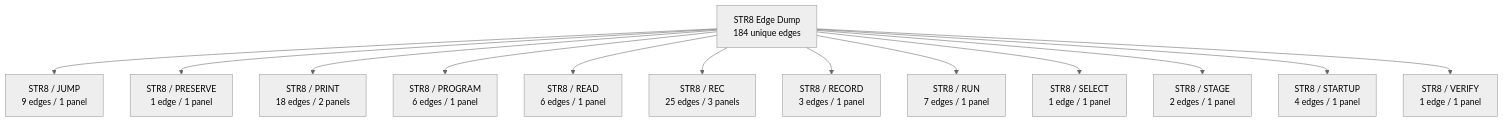
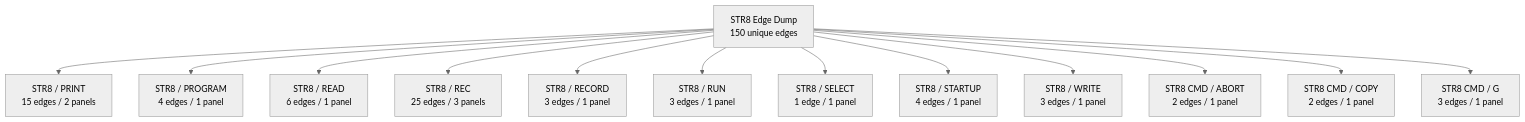
The second of 38 diagrams in DOC/GUIDES/STR8/STR8_EDGE_DUMP.md (95westus/R-YORS), drawn with Mermaid (neutral theme) before and after one commit. The commit also changed other lines of this file and 35 other files, not shown here.

````diff
--- a/DOC/GUIDES/STR8/STR8_EDGE_DUMP.md
+++ b/DOC/GUIDES/STR8/STR8_EDGE_DUMP.md
@@ -44,15 +44,15 @@
 ```mermaid
 flowchart TD
-    EDGE_ATLAS_ROOT_1["STR8 Edge Dump<br/>184 unique edges"] --> EDGE_FAMILY_1_0["STR8 / JUMP<br/>9 edges / 1 panel"]
-    EDGE_ATLAS_ROOT_1["STR8 Edge Dump<br/>184 unique edges"] --> EDGE_FAMILY_1_1["STR8 / PRESERVE<br/>1 edge / 1 panel"]
-    EDGE_ATLAS_ROOT_1["STR8 Edge Dump<br/>184 unique edges"] --> EDGE_FAMILY_1_2["STR8 / PRINT<br/>18 edges / 2 panels"]
-    EDGE_ATLAS_ROOT_1["STR8 Edge Dump<br/>184 unique edges"] --> EDGE_FAMILY_1_3["STR8 / PROGRAM<br/>6 edges / 1 panel"]
-    EDGE_ATLAS_ROOT_1["STR8 Edge Dump<br/>184 unique edges"] --> EDGE_FAMILY_1_4["STR8 / READ<br/>6 edges / 1 panel"]
-    EDGE_ATLAS_ROOT_1["STR8 Edge Dump<br/>184 unique edges"] --> EDGE_FAMILY_1_5["STR8 / REC<br/>25 edges / 3 panels"]
-    EDGE_ATLAS_ROOT_1["STR8 Edge Dump<br/>184 unique edges"] --> EDGE_FAMILY_1_6["STR8 / RECORD<br/>3 edges / 1 panel"]
-    EDGE_ATLAS_ROOT_1["STR8 Edge Dump<br/>184 unique edges"] --> EDGE_FAMILY_1_7["STR8 / RUN<br/>7 edges / 1 panel"]
-    EDGE_ATLAS_ROOT_1["STR8 Edge Dump<br/>184 unique edges"] --> EDGE_FAMILY_1_8["STR8 / SELECT<br/>1 edge / 1 panel"]
-    EDGE_ATLAS_ROOT_1["STR8 Edge Dump<br/>184 unique edges"] --> EDGE_FAMILY_1_9["STR8 / STAGE<br/>2 edges / 1 panel"]
-    EDGE_ATLAS_ROOT_1["STR8 Edge Dump<br/>184 unique edges"] --> EDGE_FAMILY_1_10["STR8 / STARTUP<br/>4 edges / 1 panel"]
-    EDGE_ATLAS_ROOT_1["STR8 Edge Dump<br/>184 unique edges"] --> EDGE_FAMILY_1_11["STR8 / VERIFY<br/>1 edge / 1 panel"]
+    EDGE_ATLAS_ROOT_1["STR8 Edge Dump<br/>150 unique edges"] --> EDGE_FAMILY_1_0["STR8 / PRINT<br/>15 edges / 2 panels"]
+    EDGE_ATLAS_ROOT_1["STR8 Edge Dump<br/>150 unique edges"] --> EDGE_FAMILY_1_1["STR8 / PROGRAM<br/>4 edges / 1 panel"]
+    EDGE_ATLAS_ROOT_1["STR8 Edge Dump<br/>150 unique edges"] --> EDGE_FAMILY_1_2["STR8 / READ<br/>6 edges / 1 panel"]
+    EDGE_ATLAS_ROOT_1["STR8 Edge Dump<br/>150 unique edges"] --> EDGE_FAMILY_1_3["STR8 / REC<br/>25 edges / 3 panels"]
+    EDGE_ATLAS_ROOT_1["STR8 Edge Dump<br/>150 unique edges"] --> EDGE_FAMILY_1_4["STR8 / RECORD<br/>3 edges / 1 panel"]
+    EDGE_ATLAS_ROOT_1["STR8 Edge Dump<br/>150 unique edges"] --> EDGE_FAMILY_1_5["STR8 / RUN<br/>3 edges / 1 panel"]
+    EDGE_ATLAS_ROOT_1["STR8 Edge Dump<br/>150 unique edges"] --> EDGE_FAMILY_1_6["STR8 / SELECT<br/>1 edge / 1 panel"]
+    EDGE_ATLAS_ROOT_1["STR8 Edge Dump<br/>150 unique edges"] --> EDGE_FAMILY_1_7["STR8 / STARTUP<br/>4 edges / 1 panel"]
+    EDGE_ATLAS_ROOT_1["STR8 Edge Dump<br/>150 unique edges"] --> EDGE_FAMILY_1_8["STR8 / WRITE<br/>3 edges / 1 panel"]
+    EDGE_ATLAS_ROOT_1["STR8 Edge Dump<br/>150 unique edges"] --> EDGE_FAMILY_1_9["STR8 CMD / ABORT<br/>2 edges / 1 panel"]
+    EDGE_ATLAS_ROOT_1["STR8 Edge Dump<br/>150 unique edges"] --> EDGE_FAMILY_1_10["STR8 CMD / COPY<br/>2 edges / 1 panel"]
+    EDGE_ATLAS_ROOT_1["STR8 Edge Dump<br/>150 unique edges"] --> EDGE_FAMILY_1_11["STR8 CMD / G<br/>3 edges / 1 panel"]
 ```
````
